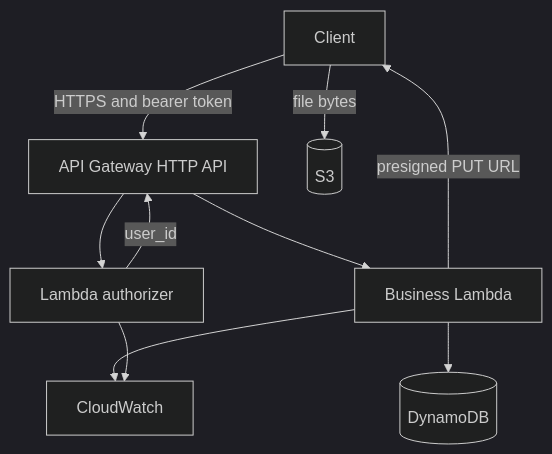
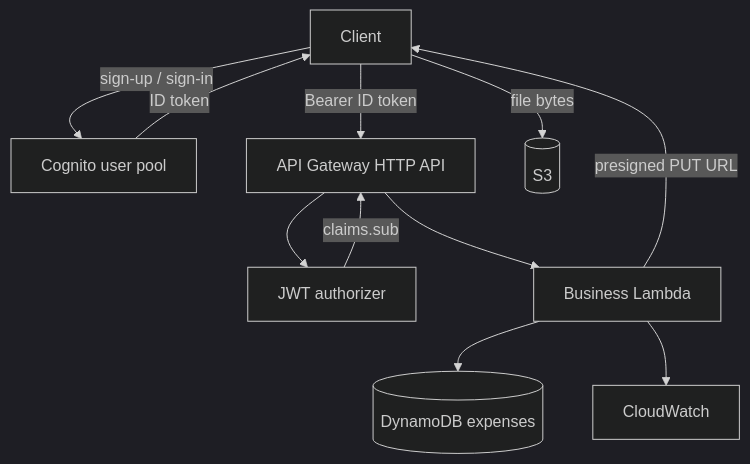
Before and after one commit to gazimaksudur2/aws-expense-tracker: the diagram in README.md, drawn with Mermaid (dark theme). The commit also changed other lines of this file and 23 other files, not shown here.

````diff
--- a/README.md
+++ b/README.md
@@ -549,20 +556,22 @@
 ```mermaid
 flowchart TD
   client[Client]
+  cognito[Cognito user pool]
   gateway[API Gateway HTTP API]
-  authorizer[Lambda authorizer]
+  jwtAuth[JWT authorizer]
   api[Business Lambda]
-  db[(DynamoDB)]
+  db[(DynamoDB expenses)]
   bucket[(S3)]
   logs[CloudWatch]
 
-  client -->|HTTPS and bearer token| gateway
-  gateway --> authorizer
-  authorizer -->|user_id| gateway
+  client -->|sign-up / sign-in| cognito
+  cognito -->|ID token| client
+  client -->|Bearer ID token| gateway
+  gateway --> jwtAuth
+  jwtAuth -->|claims.sub| gateway
   gateway --> api
   api --> db
   api -->|presigned PUT URL| client
   client -->|file bytes| bucket
   api --> logs
-  authorizer --> logs
 ```
````
